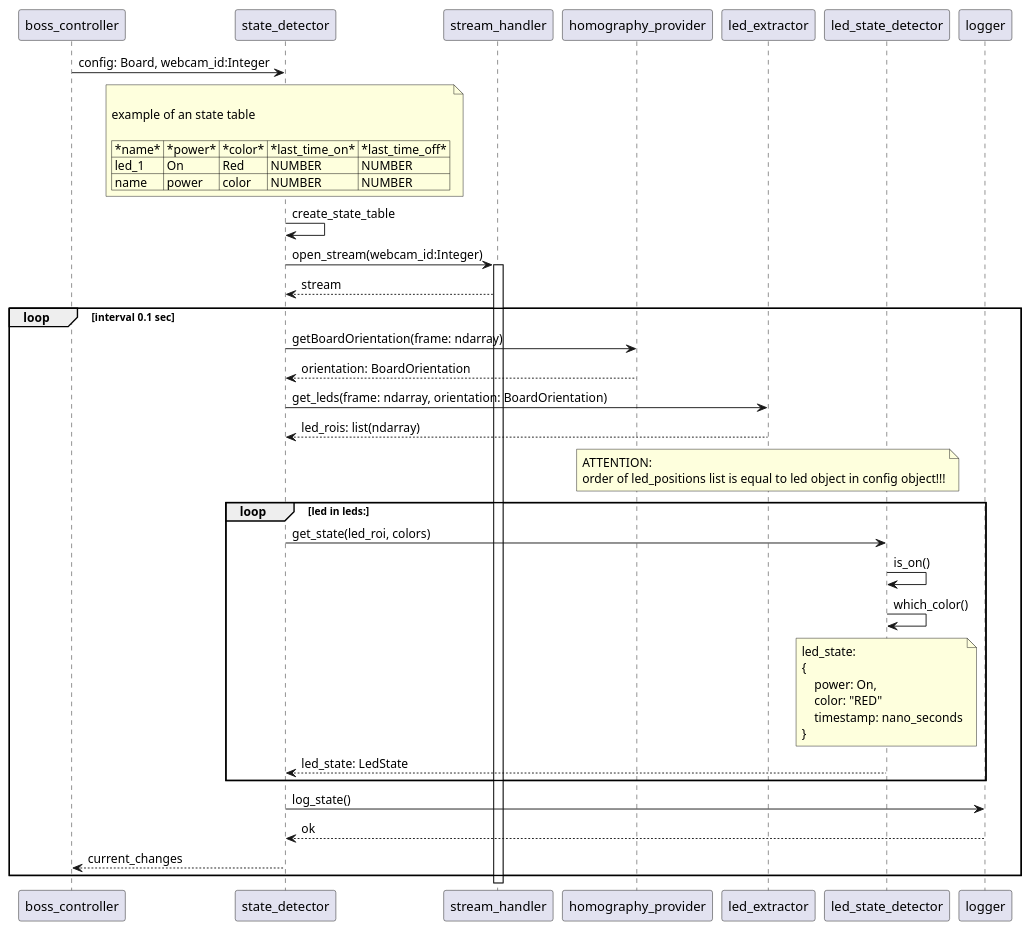
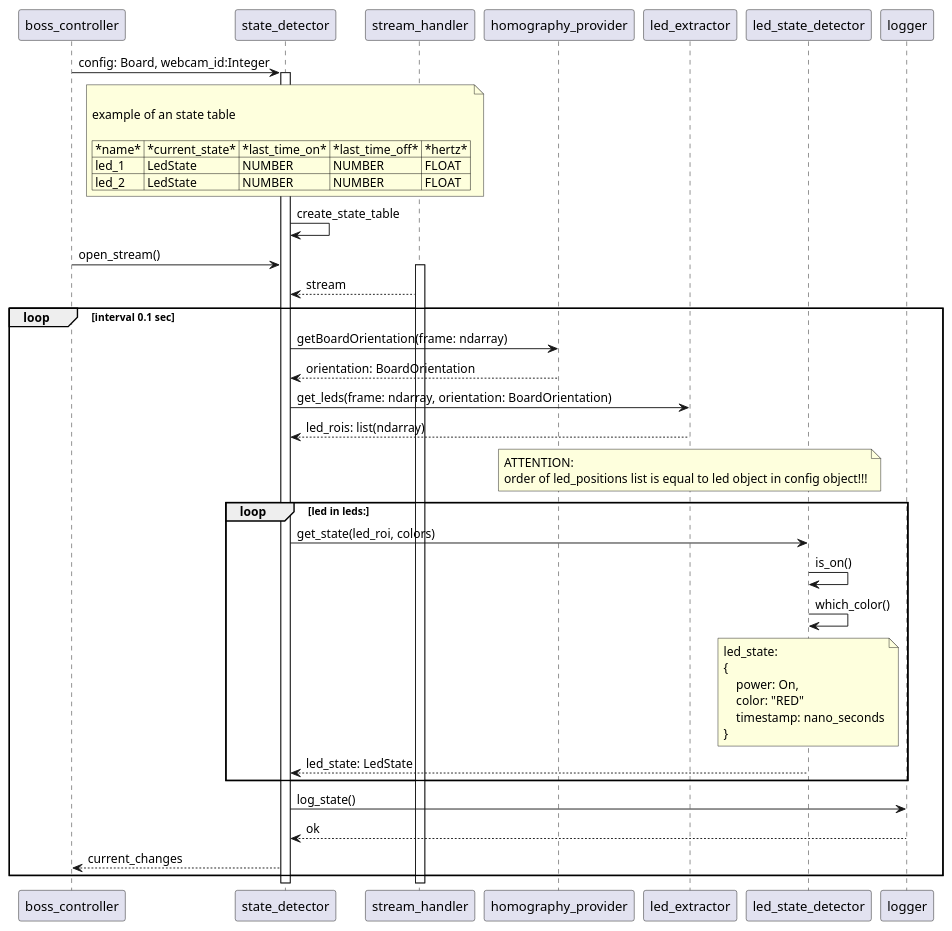
One commit to SE-Projekt-LED-Detection/LED-Detection changed the diagram in docs/source/uml/State_Detector_Sequence.puml. Above: the diagram before and after it, drawn with PlantUML. The commit also changed 9 other files, not shown here.

```diff
--- a/docs/source/uml/State_Detector_Sequence.puml
+++ b/docs/source/uml/State_Detector_Sequence.puml
@@ -1,45 +1,46 @@
 @startuml
 boss_controller -> state_detector: config: Board, webcam_id:Integer
 note over state_detector
 
      example of an state table
 
-     | *name* | *power* | *color* | *last_time_on* | *last_time_off* |
-     | led_1 | On | Red | NUMBER | NUMBER |
-     | name | power | color | NUMBER | NUMBER |
+     | *name* | *current_state* | *last_time_on* | *last_time_off* | *hertz* |
+     | led_1 | LedState | NUMBER | NUMBER | FLOAT |
+     | led_2 | LedState | NUMBER | NUMBER | FLOAT |
 end note
+activate state_detector
 state_detector -> state_detector: create_state_table
-state_detector -> stream_handler: open_stream(webcam_id:Integer)
+boss_controller -> state_detector: open_stream()
 activate stream_handler
 stream_handler --> state_detector: stream
 loop interval 0.1 sec
     state_detector -> homography_provider: getBoardOrientation(frame: ndarray)
     homography_provider --> state_detector: orientation: BoardOrientation
     state_detector -> led_extractor: get_leds(frame: ndarray, orientation: BoardOrientation)
     led_extractor --> state_detector: led_rois: list(ndarray)
     note over led_extractor
         ATTENTION: 
         order of led_positions list is equal to led object in config object!!!
     end note
     loop led in leds:
         state_detector -> led_state_detector: get_state(led_roi, colors)
         led_state_detector -> led_state_detector: is_on()
         led_state_detector -> led_state_detector: which_color()
         note over led_state_detector
             led_state: 
             {
                 power: On,
                 color: "RED"
                 timestamp: nano_seconds
             }
         end note
         led_state_detector --> state_detector: led_state: LedState
     end
     state_detector -> logger: log_state()
     logger --> state_detector: ok
     state_detector --> boss_controller: current_changes
 end
 
 
 
 @enduml
```
